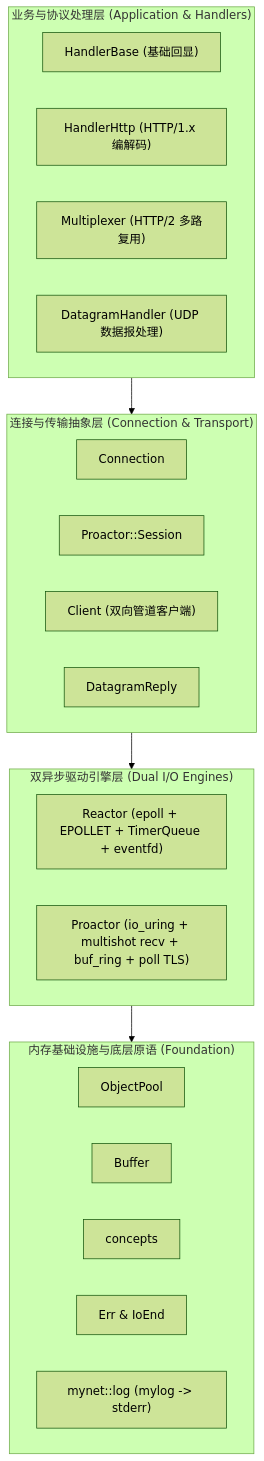
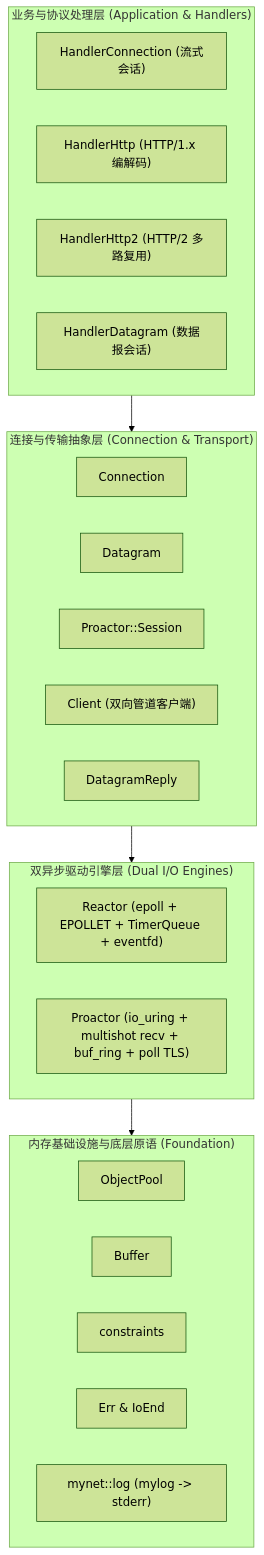
Before and after one commit to printf033/mynet: the diagram in README_zh.md, drawn with Mermaid (forest theme). The commit also changed other lines of this file and 63 other files, not shown here.

````diff
--- a/README_zh.md
+++ b/README_zh.md
@@ -75,37 +75,38 @@
 ```mermaid
 flowchart TD
     subgraph App ["业务与协议处理层 (Application & Handlers)"]
         direction LR
-        HandlerEcho["HandlerBase (基础回显)"]
+        ConnHandler["HandlerConnection (流式会话)"]
         HandlerHttp["HandlerHttp (HTTP/1.x 编解码)"]
-        Mux["Multiplexer<StreamHandler> (HTTP/2 多路复用)"]
-        UdpEcho["DatagramHandler (UDP 数据报处理)"]
+        Mux["HandlerHttp2<StreamHandler> (HTTP/2 多路复用)"]
+        DatagramHandler["HandlerDatagram (数据报会话)"]
     end
 
     subgraph Core ["连接与传输抽象层 (Connection & Transport)"]
         direction LR
         Conn["Connection<Handler>"]
+        Dgram["Datagram<Handler>"]
         Session["Proactor::Session"]
         PeerCl["Client<Event> (双向管道客户端)"]
         Datagram["DatagramReply"]
     end
 
     subgraph Engine ["双异步驱动引擎层 (Dual I/O Engines)"]
         direction LR
         ReactorEngine["Reactor (epoll + EPOLLET + TimerQueue + eventfd)"]
         ProactorEngine["Proactor (io_uring + multishot recv + buf_ring + poll TLS)"]
     end
 
     subgraph Foundation ["内存基础设施与底层原语 (Foundation)"]
         direction LR
         Pool["ObjectPool<T>"]
         Buf["Buffer"]
-        Concepts["concepts"]
+        Constraints["constraints"]
         Err["Err & IoEnd"]
         Log["mynet::log (mylog -> stderr)"]
     end
 
     App --> Core
     Core --> Engine
     Engine --> Foundation
 ```
````
